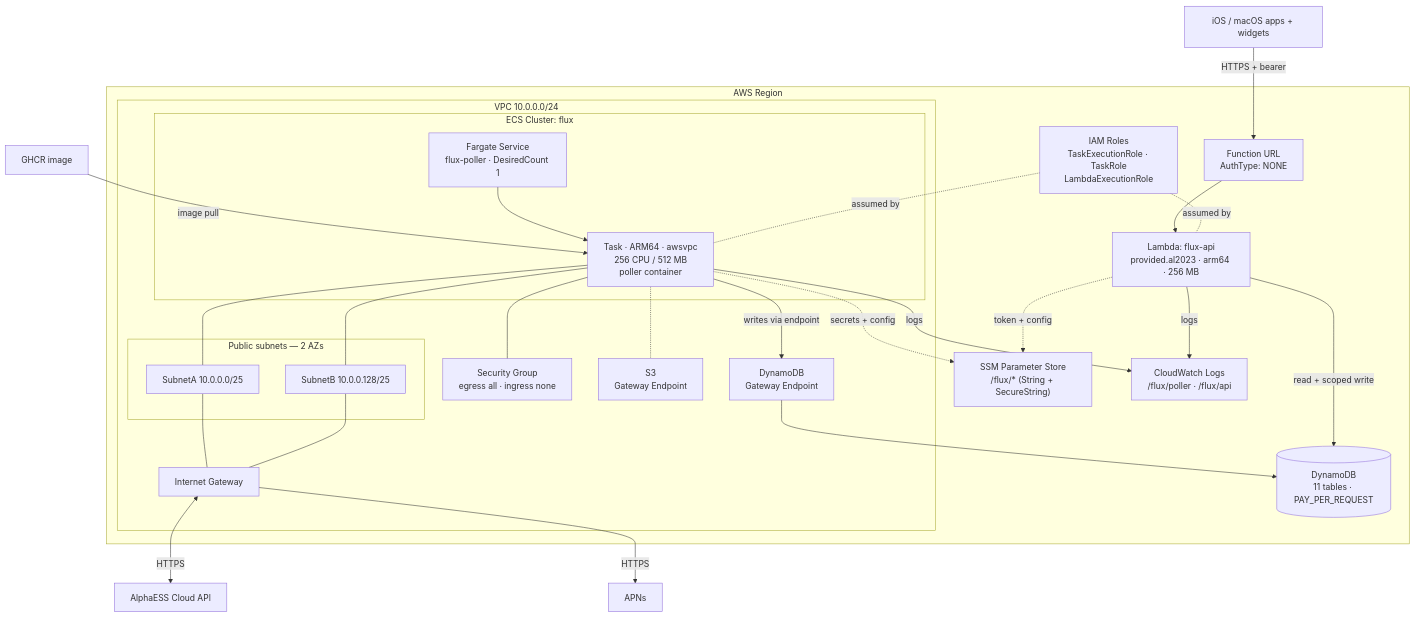
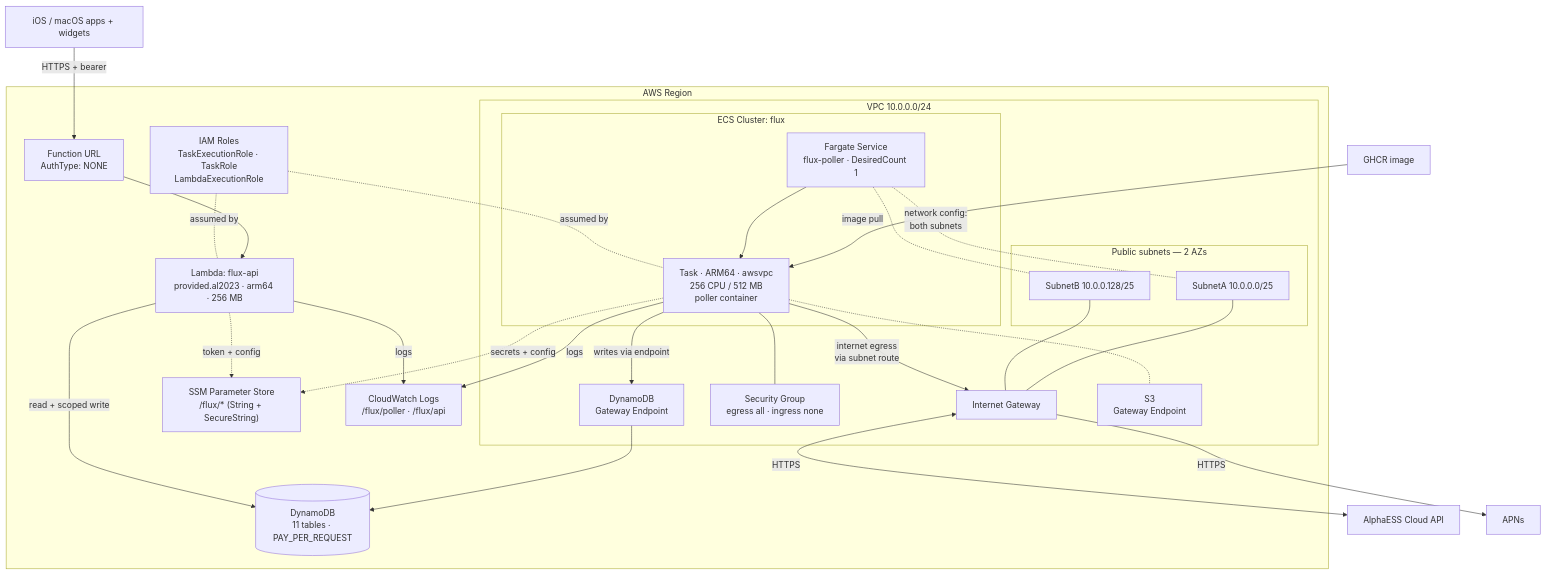
The third of 8 diagrams in docs/architecture-diagrams.md (ArjenSchwarz/flux), drawn with Mermaid before and after one commit. The commit also changed other lines of this file and 2 other files, not shown here.

First line of the commit message:
[doc]: Address review — sync table count, fix infra diagram

````diff
--- a/docs/architecture-diagrams.md
+++ b/docs/architecture-diagrams.md
@@ -93,51 +93,52 @@
 ```mermaid
 flowchart TB
     ghcr["GHCR image"]
     alpha["AlphaESS Cloud API"]
     apns["APNs"]
     apps["iOS / macOS apps + widgets"]
 
     subgraph region["AWS Region"]
         subgraph vpc["VPC 10.0.0.0/24"]
             igw["Internet Gateway"]
             sg["Security Group<br/>egress all · ingress none"]
             subgraph subnets["Public subnets — 2 AZs"]
-                sga["SubnetA 10.0.0.0/25"]
-                sgb["SubnetB 10.0.0.128/25"]
+                subnetA["SubnetA 10.0.0.0/25"]
+                subnetB["SubnetB 10.0.0.128/25"]
             end
             subgraph ecs["ECS Cluster: flux"]
                 svc["Fargate Service<br/>flux-poller · DesiredCount 1"]
                 task["Task · ARM64 · awsvpc<br/>256 CPU / 512 MB<br/>poller container"]
             end
             ddbep["DynamoDB<br/>Gateway Endpoint"]
             s3ep["S3<br/>Gateway Endpoint"]
         end
 
         furl["Function URL<br/>AuthType: NONE"]
         lambda["Lambda: flux-api<br/>provided.al2023 · arm64 · 256 MB"]
         ddb[("DynamoDB<br/>11 tables · PAY_PER_REQUEST")]
         ssm["SSM Parameter Store<br/>/flux/* (String + SecureString)"]
         logs["CloudWatch Logs<br/>/flux/poller · /flux/api"]
         iam["IAM Roles<br/>TaskExecutionRole · TaskRole<br/>LambdaExecutionRole"]
     end
 
     ghcr -->|"image pull"| task
     svc --> task
+    svc -. "network config:<br/>both subnets" .- subnetA
+    svc -.- subnetB
     task --- sg
     task -.- s3ep
-    task --- sga
-    task --- sgb
-    sga --- igw
-    sgb --- igw
+    subnetA --- igw
+    subnetB --- igw
+    task -->|"internet egress<br/>via subnet route"| igw
     igw <-->|HTTPS| alpha
     igw -->|HTTPS| apns
     task -->|"writes via endpoint"| ddbep --> ddb
     task -.->|"secrets + config"| ssm
     task -->|logs| logs
     apps -->|"HTTPS + bearer"| furl --> lambda
     lambda -->|"read + scoped write"| ddb
     lambda -.->|"token + config"| ssm
     lambda -->|logs| logs
     iam -. assumed by .- task
     iam -. assumed by .- lambda
 ```
````
